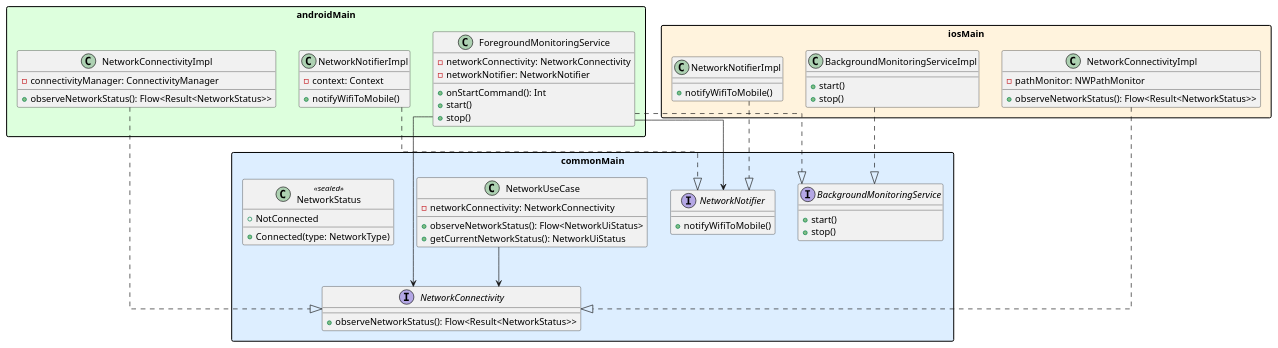
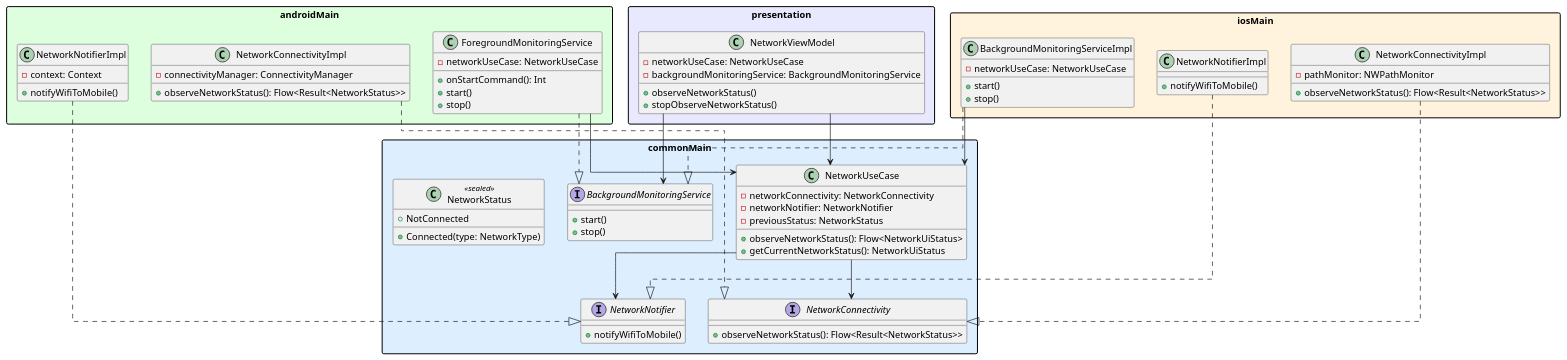
Before and after one commit to kyo1941/wifi-observer: the diagram in docs/background-monitoring-design.md, drawn with PlantUML. The commit also changed other lines of this file and 2 other files, not shown here.

Commit message:
docs: Update monitoring design and add KMP migration guide with reactive Flow design

````diff
--- a/docs/background-monitoring-design.md
+++ b/docs/background-monitoring-design.md
@@ -57,6 +58,8 @@
 
     class NetworkUseCase {
         -networkConnectivity: NetworkConnectivity
+        -networkNotifier: NetworkNotifier
+        -previousStatus: NetworkStatus
         +observeNetworkStatus(): Flow<NetworkUiStatus>
         +getCurrentNetworkStatus(): NetworkUiStatus
     }
@@ -67,6 +70,19 @@
     }
 
     NetworkUseCase --> NetworkConnectivity
+    NetworkUseCase --> NetworkNotifier
+}
+
+package "presentation" #E8E8FF {
+    class NetworkViewModel {
+        -networkUseCase: NetworkUseCase
+        -backgroundMonitoringService: BackgroundMonitoringService
+        +observeNetworkStatus()
+        +stopObserveNetworkStatus()
+    }
+
+    NetworkViewModel --> NetworkUseCase
+    NetworkViewModel --> BackgroundMonitoringService
 }
 
 package "androidMain" #DDFFDD {
@@ -81,8 +97,7 @@
     }
 
     class ForegroundMonitoringService {
-        -networkConnectivity: NetworkConnectivity
-        -networkNotifier: NetworkNotifier
+        -networkUseCase: NetworkUseCase
         +onStartCommand(): Int
         +start()
         +stop()
@@ -91,8 +106,7 @@
     NetworkConnectivityImpl ..|> NetworkConnectivity
     NetworkNotifierImpl ..|> NetworkNotifier
     ForegroundMonitoringService ..|> BackgroundMonitoringService
-    ForegroundMonitoringService --> NetworkConnectivity
-    ForegroundMonitoringService --> NetworkNotifier
+    ForegroundMonitoringService --> NetworkUseCase
 }
 
 package "iosMain" #FFF3DD {
@@ -106,6 +120,7 @@
     }
 
     class BackgroundMonitoringServiceImpl {
+        -networkUseCase: NetworkUseCase
         +start()
         +stop()
     }
@@ -113,6 +128,7 @@
     iOSConnectivity ..|> NetworkConnectivity
     iOSNotifier ..|> NetworkNotifier
     BackgroundMonitoringServiceImpl ..|> BackgroundMonitoringService
+    BackgroundMonitoringServiceImpl --> NetworkUseCase
 }
 @enduml
 ```
````
